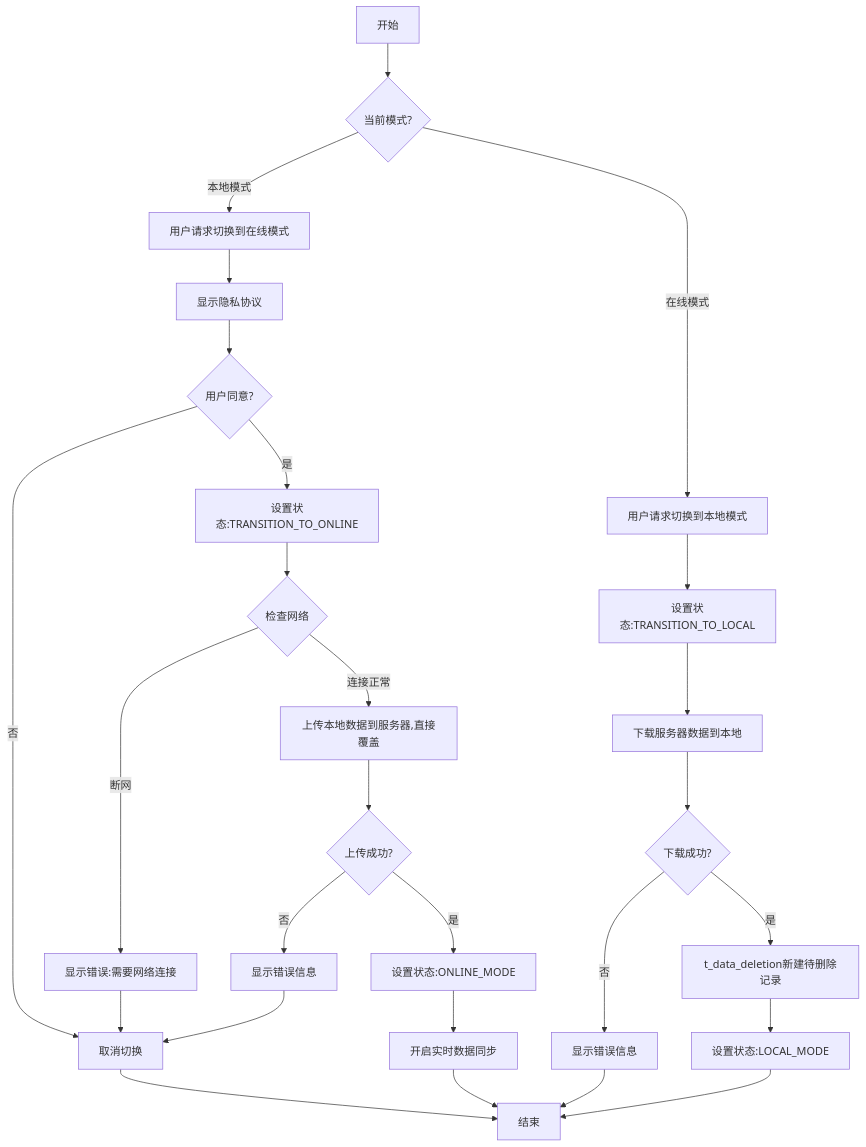
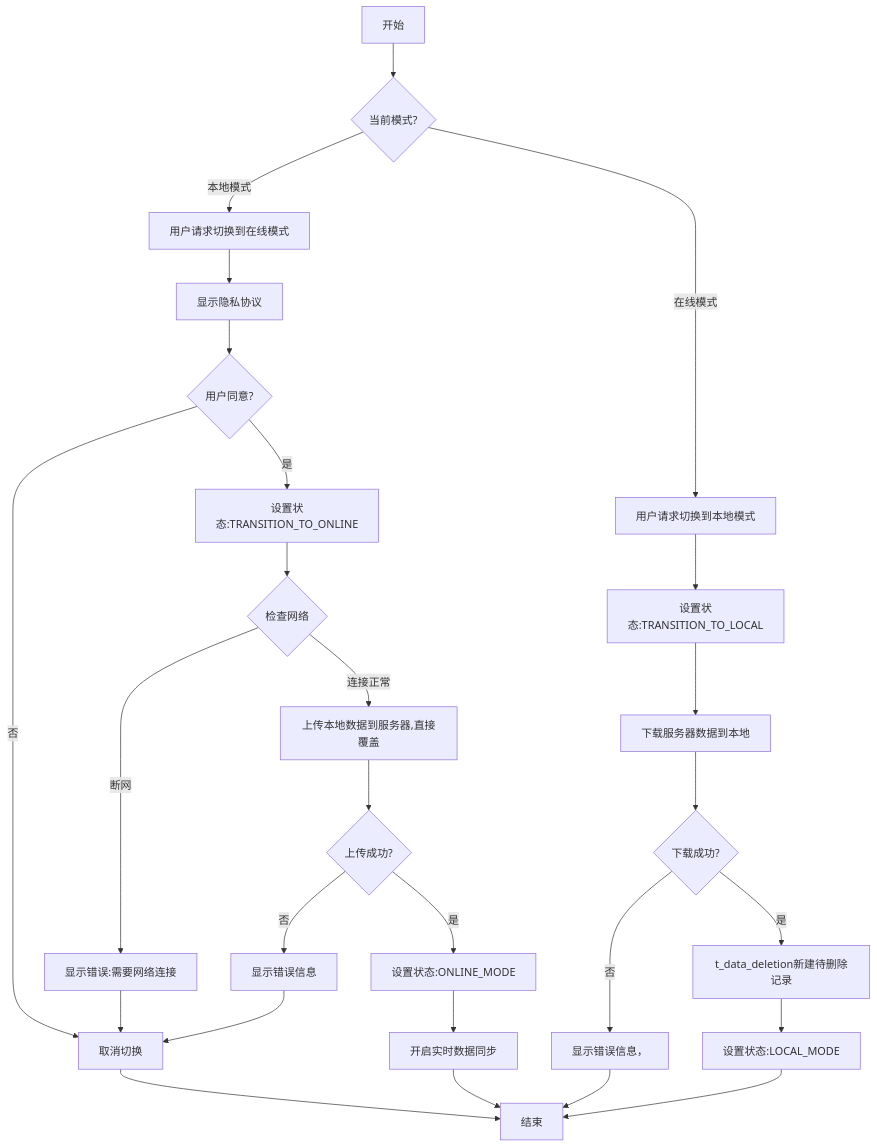
One commit to yingjianzh/iodraw-files changed the diagram in all/未命名-50.md. Above: the diagram before and after it, drawn with Mermaid.

Commit message:
2025-05-08 16:15:37 update

````diff
--- a/all/未命名-50.md
+++ b/all/未命名-50.md
@@ -1,34 +1,34 @@
 ```mermaid
 
 flowchart TD
     A[开始] --> B{当前模式?}
     
     B -->|本地模式| C[用户请求切换到在线模式]
     C --> F[显示隐私协议]
     F --> G{用户同意?}
     G -->|否| H[取消切换]
     H --> Z[结束]
     G -->|是| I[设置状态:TRANSITION_TO_ONLINE]
     I --> J{检查网络}
     J -->|断网| K[显示错误:需要网络连接]
     K --> H
     J -->|连接正常| O[上传本地数据到服务器,直接覆盖]
     O --> P{上传成功?}
     P -->|否| Q[显示错误信息]
     Q --> H
     P -->|是| R[设置状态:ONLINE_MODE]
     R --> S[开启实时数据同步]
     S --> Z
     
     B -->|在线模式| T[用户请求切换到本地模式]
     T --> U[设置状态:TRANSITION_TO_LOCAL]
     U --> X[下载服务器数据到本地]
     X --> Y{下载成功?}
-    Y -->|否| AA2[显示错误信息]
+    Y -->|否| AA2[显示错误信息，]
     AA2 --> Z
     Y -->|是| AB2[t_data_deletion新建待删除记录]
 
     AB2 -->AE[设置状态:LOCAL_MODE]
     AE --> Z
 
 ```
````
